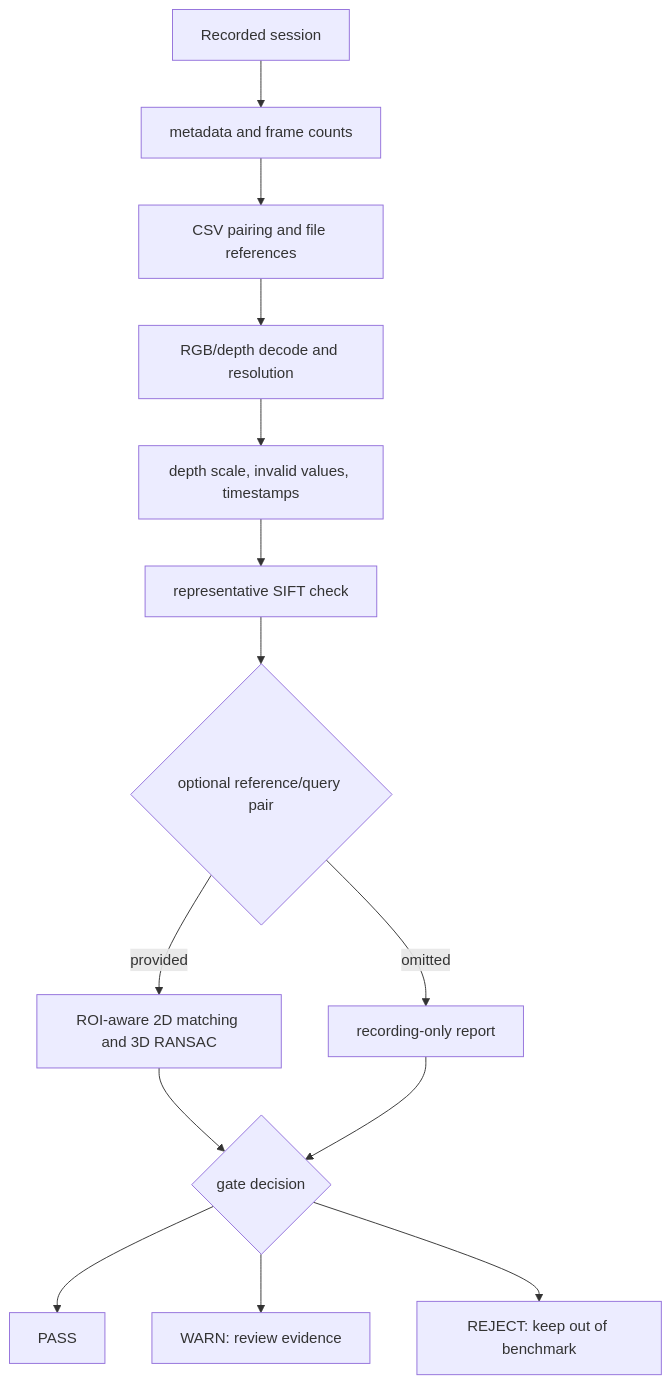
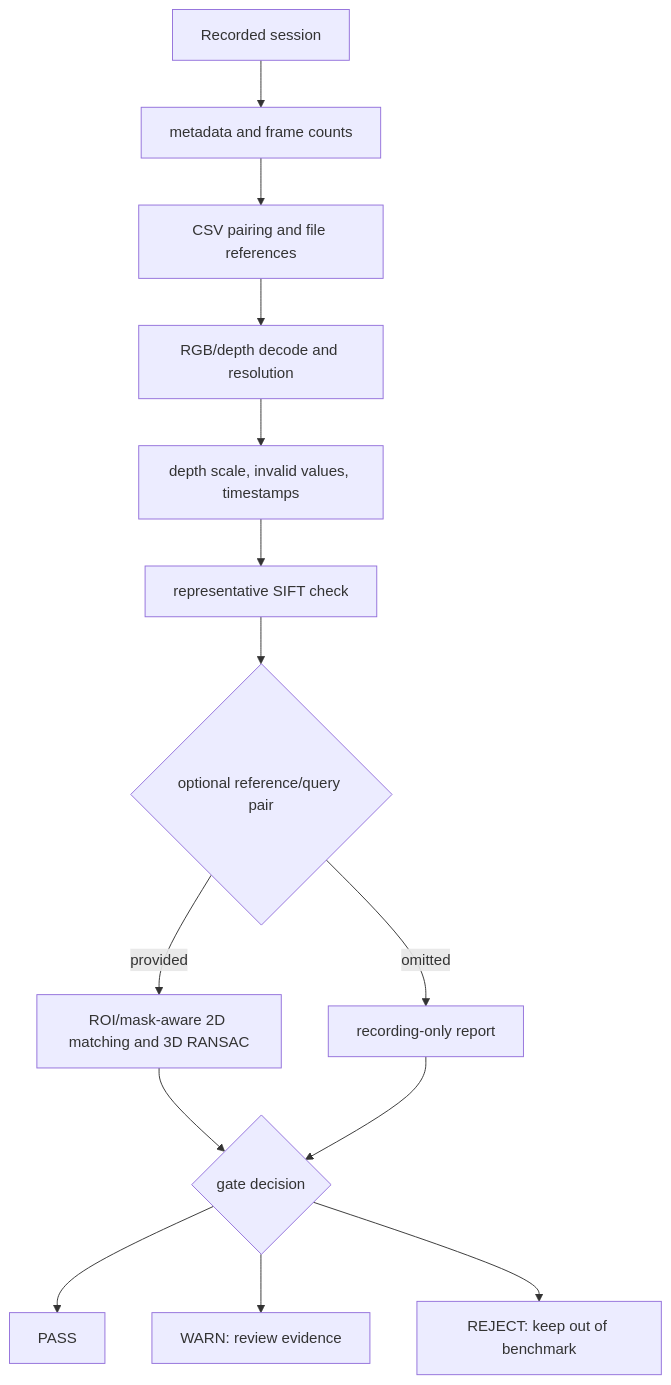
The second of 2 diagrams in README.md (steinsgo/rgbd-confidence-pose), drawn with Mermaid before and after one commit. The commit also changed other lines of this file and 10 other files, not shown here.

````diff
--- a/README.md
+++ b/README.md
@@ -39,16 +39,16 @@
 ```mermaid
 flowchart TD
     S[Recorded session] --> A[metadata and frame counts]
     A --> B[CSV pairing and file references]
     B --> C[RGB/depth decode and resolution]
     C --> D[depth scale, invalid values, timestamps]
     D --> E[representative SIFT check]
     E --> F{optional reference/query pair}
-    F -->|provided| G[ROI-aware 2D matching and 3D RANSAC]
+    F -->|provided| G[ROI/mask-aware 2D matching and 3D RANSAC]
     F -->|omitted| H[recording-only report]
     G --> I{gate decision}
     H --> I
     I --> P[PASS]
     I --> W[WARN: review evidence]
     I --> R[REJECT: keep out of benchmark]
 ```
````
